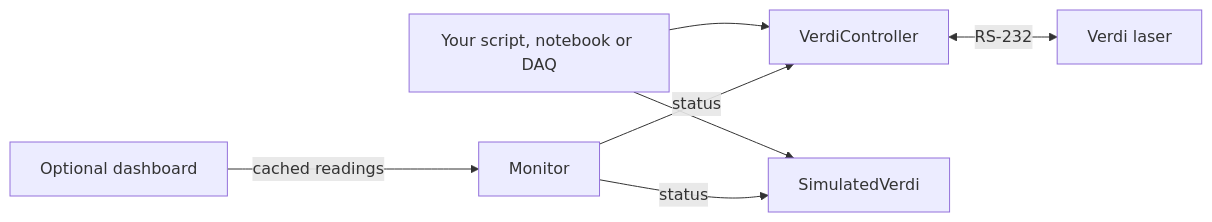
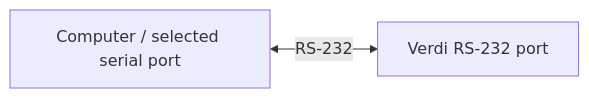
One commit to cct1123/coherent-verdi-control changed the diagram in README.md. Above: the diagram before and after it, drawn with Mermaid. The commit also changed other lines of this file and 4 other files, not shown here.

````diff
--- a/README.md
+++ b/README.md
@@ -142,9 +71,4 @@
 ```mermaid
 flowchart LR
-    app["Your script, notebook or DAQ"] --> driver["VerdiController"]
-    app --> sim["SimulatedVerdi"]
-    gui["Optional dashboard"] -->|cached readings| monitor["Monitor"]
-    monitor -->|status| driver
-    monitor -->|status| sim
-    driver <-->|RS-232| laser["Verdi laser"]
+    computer["Computer / selected serial port"] <-->|RS-232| laser["Verdi RS-232 port"]
 ```
````
